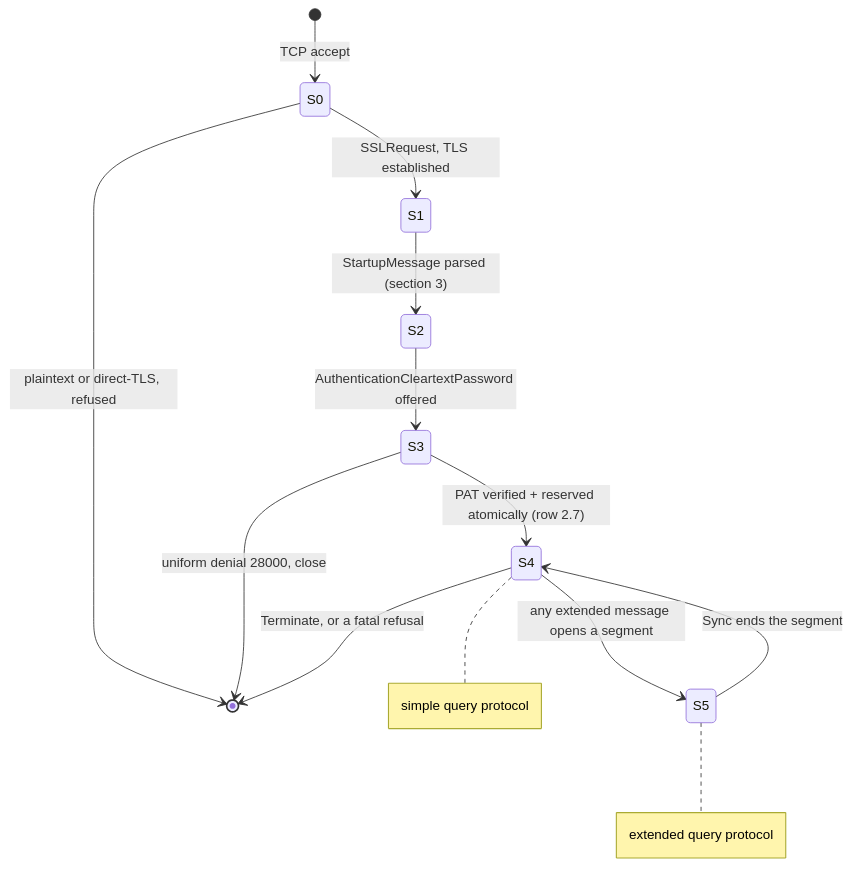
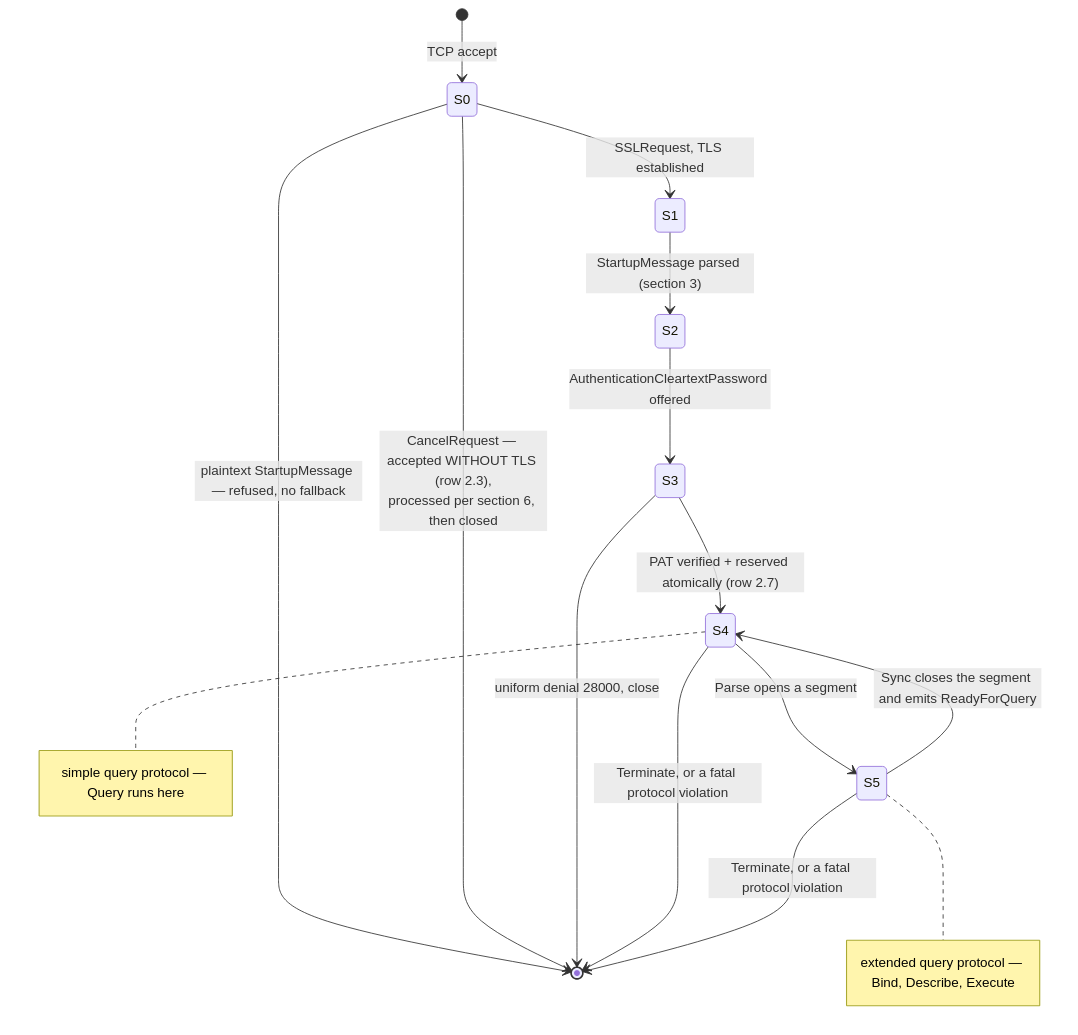
The first of 4 diagrams in docs/front-door/protocol-matrix.md (yongjohnlee80/autodb), drawn with Mermaid before and after one commit. The commit also changed other lines of this file and 1 other file, not shown here.

````diff
--- a/docs/front-door/protocol-matrix.md
+++ b/docs/front-door/protocol-matrix.md
@@ -27,15 +27,17 @@
 ```mermaid
 stateDiagram-v2
     [*] --> S0: TCP accept
     S0 --> S1: SSLRequest, TLS established
-    S0 --> [*]: plaintext or direct-TLS, refused
+    S0 --> [*]: plaintext StartupMessage — refused, no fallback
+    S0 --> [*]: CancelRequest — accepted WITHOUT TLS (row 2.3),<br/>processed per section 6, then closed
     S1 --> S2: StartupMessage parsed (section 3)
     S2 --> S3: AuthenticationCleartextPassword offered
     S3 --> S4: PAT verified + reserved atomically (row 2.7)
     S3 --> [*]: uniform denial 28000, close
-    S4 --> S5: any extended message opens a segment
-    S5 --> S4: Sync ends the segment
-    S4 --> [*]: Terminate, or a fatal refusal
-    note right of S4: simple query protocol
-    note right of S5: extended query protocol
+    S4 --> S5: Parse opens a segment
+    S5 --> S4: Sync closes the segment and emits ReadyForQuery
+    S4 --> [*]: Terminate, or a fatal protocol violation
+    S5 --> [*]: Terminate, or a fatal protocol violation
+    note right of S4: simple query protocol — Query runs here
+    note right of S5: extended query protocol — Bind, Describe, Execute
 ```
````
